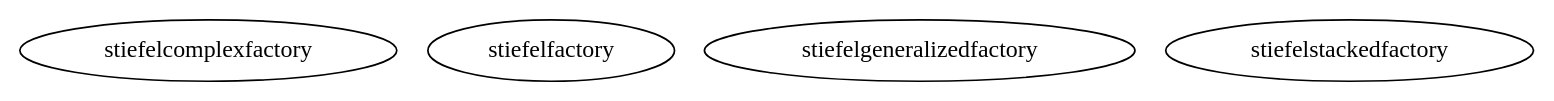
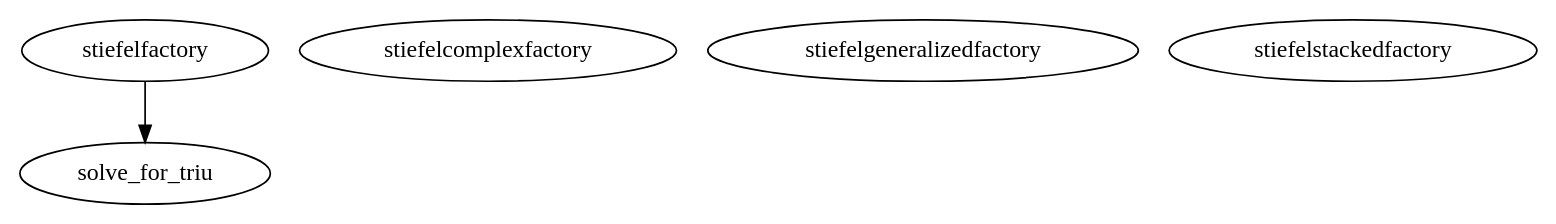
The diagram in web/reference/manopt/manifolds/stiefel/graph.dot (NicolasBoumal/manopt), drawn with Graphviz before and after one commit. The commit also changed 481 other files, not shown here.

```diff
--- a/web/reference/manopt/manifolds/stiefel/graph.dot
+++ b/web/reference/manopt/manifolds/stiefel/graph.dot
@@ -1,8 +1,10 @@
 /* Created by mdot for Matlab */
 digraph m2html {
+  stiefelfactory -> solve_for_triu;
 
+  solve_for_triu [URL="solve_for_triu.html"];
   stiefelcomplexfactory [URL="stiefelcomplexfactory.html"];
   stiefelfactory [URL="stiefelfactory.html"];
   stiefelgeneralizedfactory [URL="stiefelgeneralizedfactory.html"];
   stiefelstackedfactory [URL="stiefelstackedfactory.html"];
 }
```
